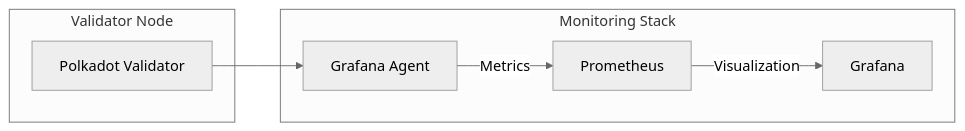
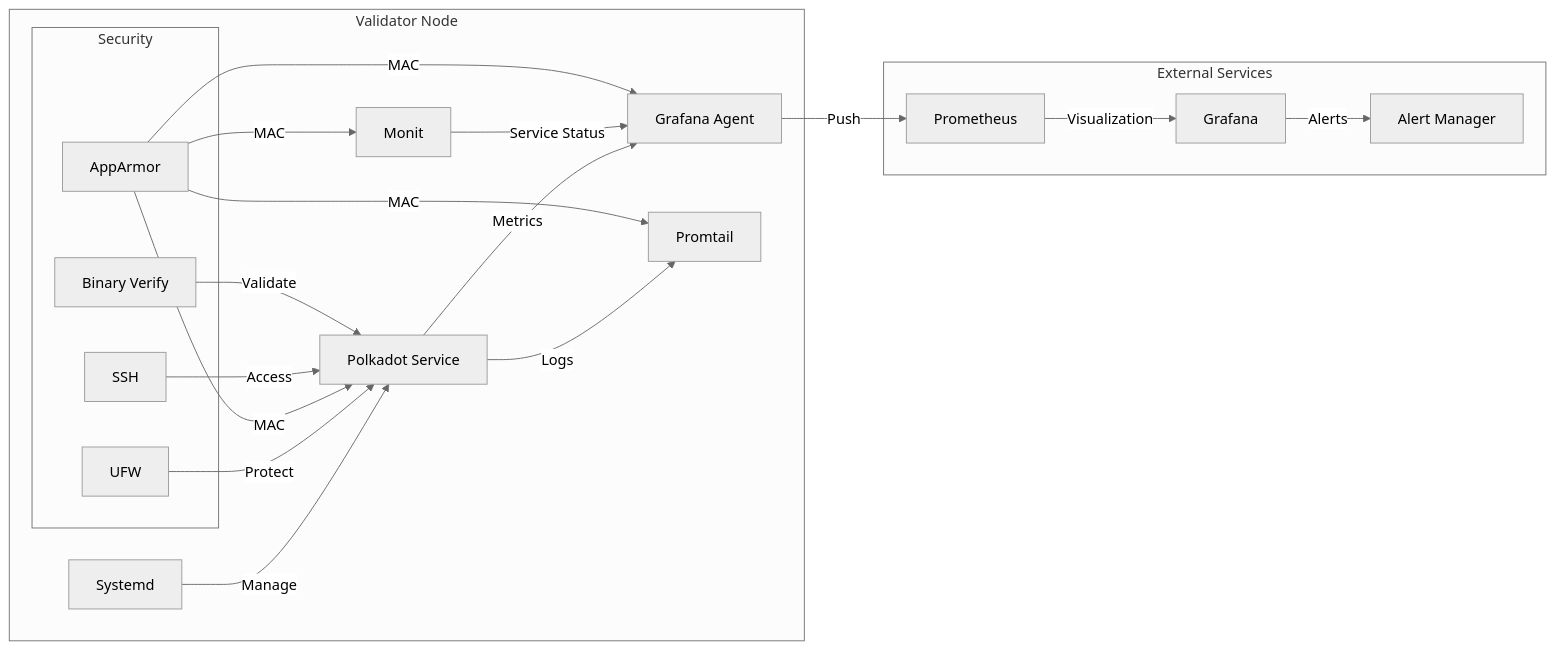
The second of 2 diagrams in roles/polkadot/README.md (pampatzoglou/provision-validators), drawn with Mermaid (neutral theme) before and after one commit. The commit also changed other lines of this file and 2 other files, not shown here.

Commit message:
update README files

````diff
--- a/roles/polkadot/README.md
+++ b/roles/polkadot/README.md
@@ -16,13 +40,39 @@
 ```mermaid
 graph LR
-    subgraph Monitoring Stack
-        A[Grafana Agent] --> |Metrics| B[Prometheus]
-        B --> |Visualization| C[Grafana]
+    subgraph Validator Node
+        A[Polkadot Service]
+        B[Grafana Agent]
+        C[Promtail]
+        D[Monit]
+        E[Systemd]
+        
+        subgraph Security
+            F[UFW]
+            G[AppArmor]
+            H[SSH]
+            I[Binary Verify]
+        end
     end
 
-    subgraph Validator Node
-        D[Polkadot Validator]
+    subgraph External Services
+        J[Prometheus]
+        K[Grafana]
+        L[Alert Manager]
     end
 
-    D --> A
+    A --> |Metrics| B
+    A --> |Logs| C
+    D --> |Service Status| B
+    E --> |Manage| A
+    B --> |Push| J
+    J --> |Visualization| K
+    K --> |Alerts| L
+
+    F --> |Protect| A
+    G --> |MAC| A
+    G --> |MAC| B
+    G --> |MAC| C
+    G --> |MAC| D
+    H --> |Access| A
+    I --> |Validate| A
 ```
````
